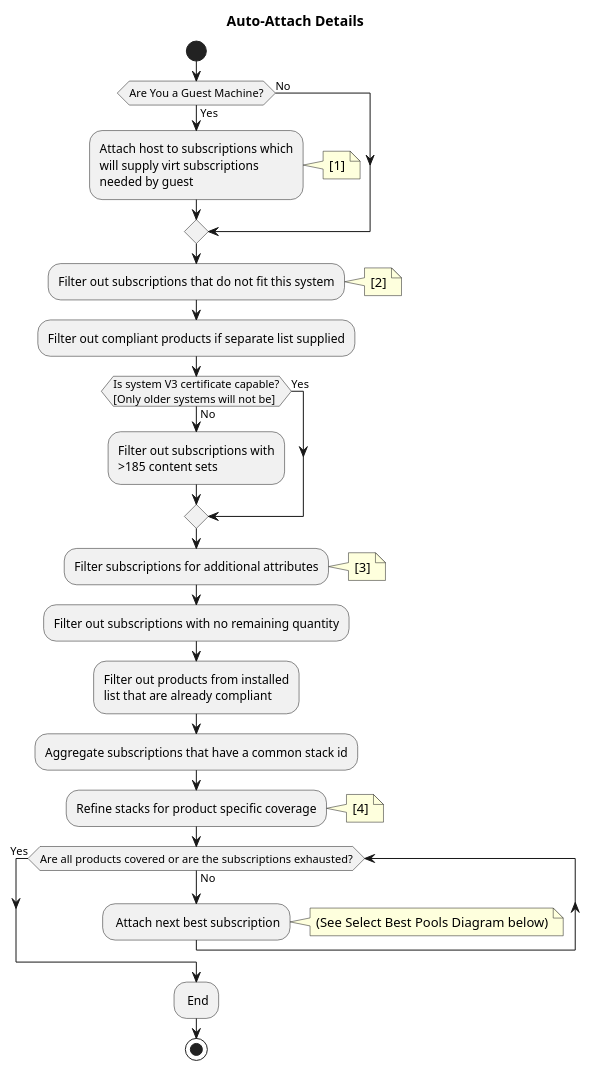
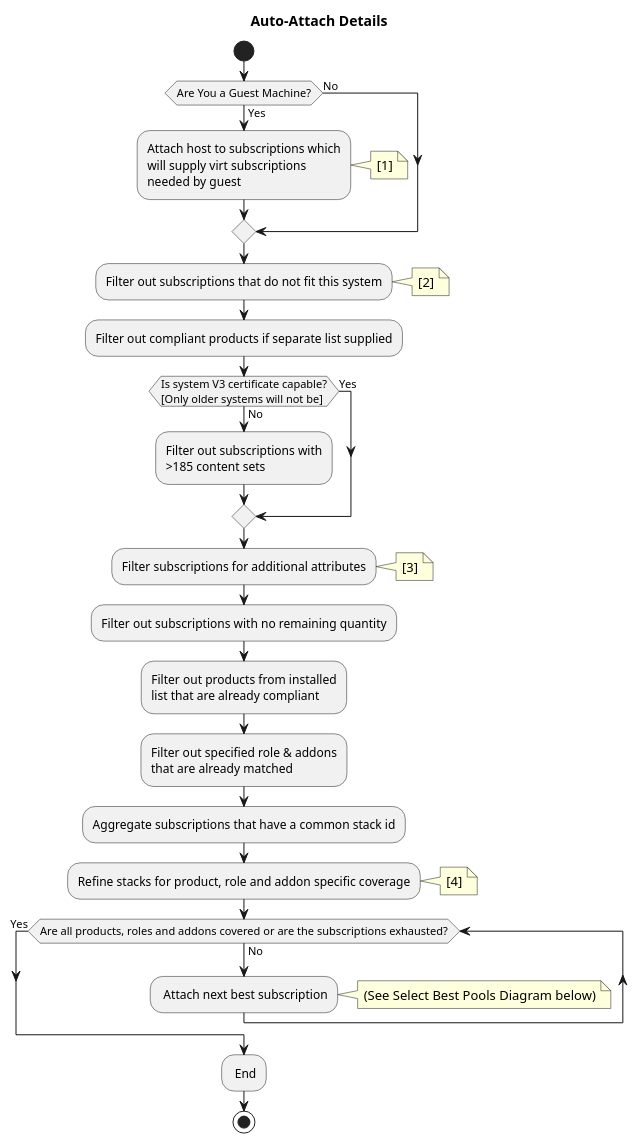
The second of 5 diagrams in docs/candlepin/autoattach.md (candlepin/candlepin.github.io), drawn with PlantUML before and after one commit. The commit also changed other lines of this file, not shown here.

```diff
--- a/docs/candlepin/autoattach.md
+++ b/docs/candlepin/autoattach.md
@@ -45,43 +45,46 @@
 {% plantuml %}
 
 title Auto-Attach Details
 start
 
 if (Are You a Guest Machine?) then (Yes)
   :Attach host to subscriptions which\nwill supply virt subscriptions\nneeded by guest;
 note right: [1]
 else (No)
 endif
 
 :Filter out subscriptions that do not fit this system;
 note right:[2]
 
 :Filter out compliant products if separate list supplied;
 
 if (Is system V3 certificate capable?
 [Only older systems will not be]) then (No)
   :Filter out subscriptions with\n>185 content sets;
 else (Yes)
 endif
 
 :Filter subscriptions for additional attributes;
 note right:[3]
 
 :Filter out subscriptions with no remaining quantity;
 
 :Filter out products from installed
 list that are already compliant;
 
+:Filter out specified role & addons
+that are already matched;
+
 :Aggregate subscriptions that have a common stack id;
 
-:Refine stacks for product specific coverage;
+:Refine stacks for product, role and addon specific coverage;
 note right:[4]
 
-while (Are all products covered or are the subscriptions exhausted?) is (No)
+while (Are all products, roles and addons covered or are the subscriptions exhausted?) is (No)
 : Attach next best subscription;
 note right: (See Select Best Pools Diagram below)
 endwhile (Yes)
 : End;
 stop
 
 {% endplantuml %}
```
